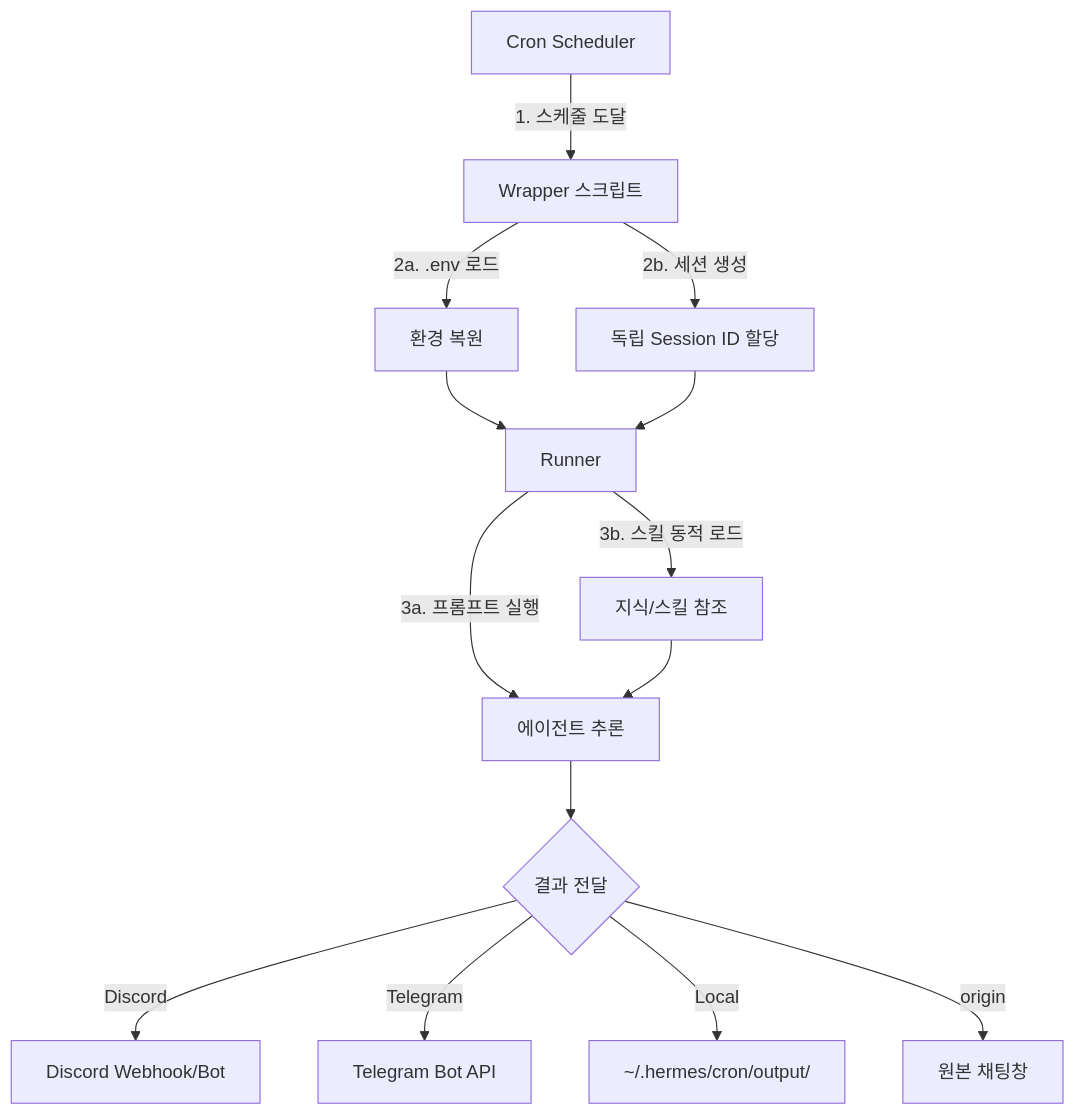
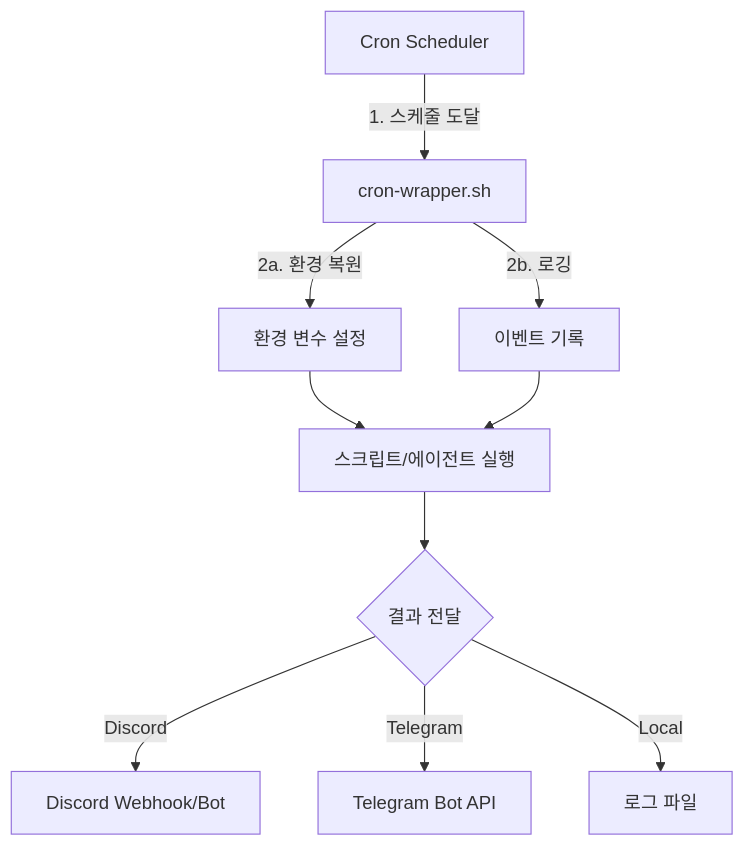
One commit to pheanor-agent/p-hermes changed the second of 3 diagrams in docs/wiki/guides/automation.md. Above: the diagram before and after it, drawn with Mermaid. The commit also changed other lines of this file and 11 other files, not shown here.

````diff
--- a/docs/wiki/guides/automation.md
+++ b/docs/wiki/guides/automation.md
@@ -227,16 +249,12 @@
 ```mermaid
 graph TD
-    A[Cron Scheduler] -->|"1. 스케줄 도달"| B[Wrapper 스크립트]
-    B -->|"2a. .env 로드"| C[환경 복원]
-    B -->|"2b. 세션 생성"| D[독립 Session ID 할당]
-    C --> E[Runner]
+    A[Cron Scheduler] -->|"1. 스케줄 도달"| B[cron-wrapper.sh]
+    B -->|"2a. 환경 복원"| C[환경 변수 설정]
+    B -->|"2b. 로깅"| D[이벤트 기록]
+    C --> E[스크립트/에이전트 실행]
     D --> E
-    E -->|"3a. 프롬프트 실행"| F[에이전트 추론]
-    E -->|"3b. 스킬 동적 로드"| G[지식/스킬 참조]
-    G --> F
-    F --> H{결과 전달}
-    H -->|"Discord"| I[Discord Webhook/Bot]
-    H -->|"Telegram"| J[Telegram Bot API]
-    H -->|"Local"| K[~/.hermes/cron/output/]
-    H -->|"origin"| L[원본 채팅창]
+    E --> F{결과 전달}
+    F -->|"Discord"| G[Discord Webhook/Bot]
+    F -->|"Telegram"| H[Telegram Bot API]
+    F -->|"Local"| I[로그 파일]
 ```
````
